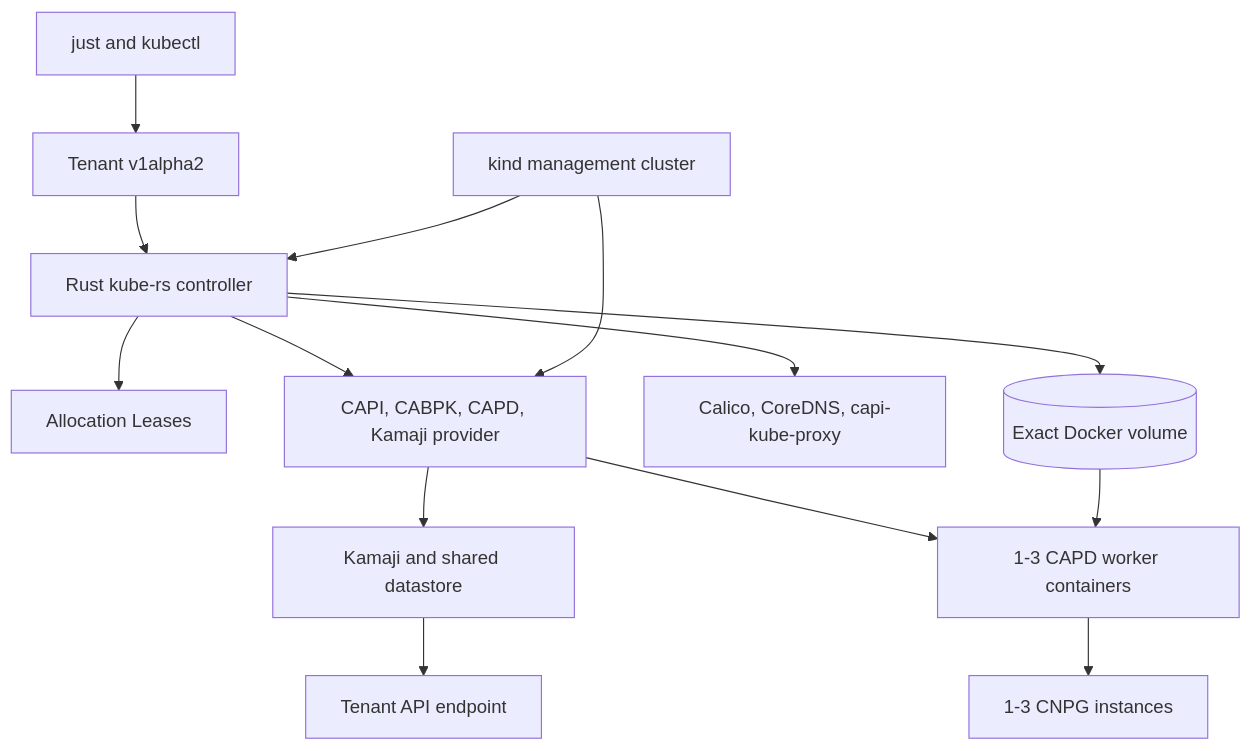
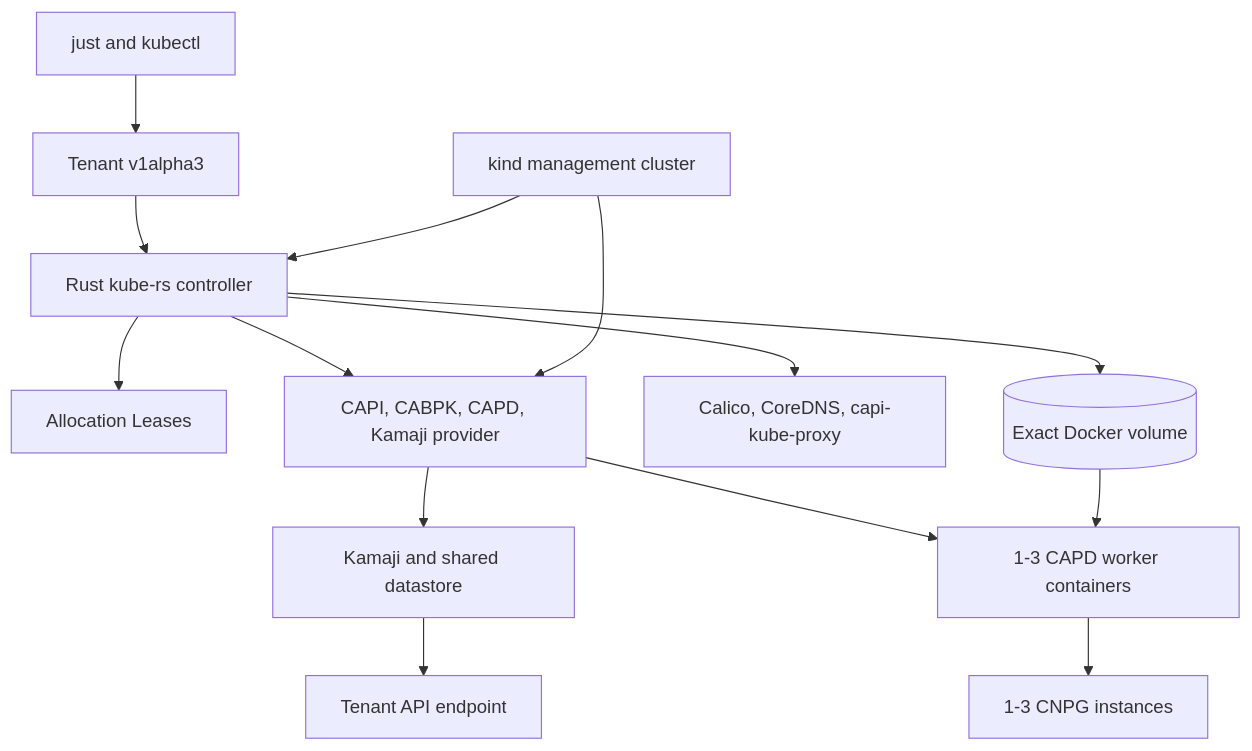
Before and after one commit to youyuanwu/cnpg-vcluster: the diagram in capi/docs/high-level-design.md, drawn with Mermaid. The commit also changed other lines of this file and 83 other files, not shown here.

````diff
--- a/capi/docs/high-level-design.md
+++ b/capi/docs/high-level-design.md
@@ -18,27 +18,27 @@
 ```mermaid
 flowchart TB
   User[just and kubectl]
   Mgmt[kind management cluster]
-  TenantCR[Tenant v1alpha2]
+  TenantCR[Tenant v1alpha3]
   Controller[Rust kube-rs controller]
   Slots[Allocation Leases]
   Providers[CAPI, CABPK, CAPD, Kamaji provider]
   Kamaji[Kamaji and shared datastore]
   API[Tenant API endpoint]
   Workers[1-3 CAPD worker containers]
   Network[Calico, CoreDNS, capi-kube-proxy]
   Volume[(Exact Docker volume)]
   CNPG[1-3 CNPG instances]
 
   User --> TenantCR
   TenantCR --> Controller
   Controller --> Slots
   Controller --> Providers
   Providers --> Kamaji --> API
   Providers --> Workers
   Controller --> Network
   Controller --> Volume
   Volume --> Workers --> CNPG
   Mgmt --> Controller
   Mgmt --> Providers
 ```
````
